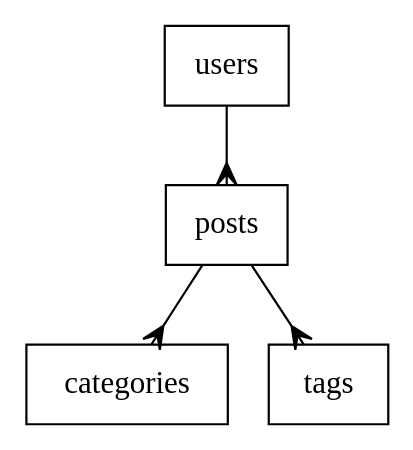
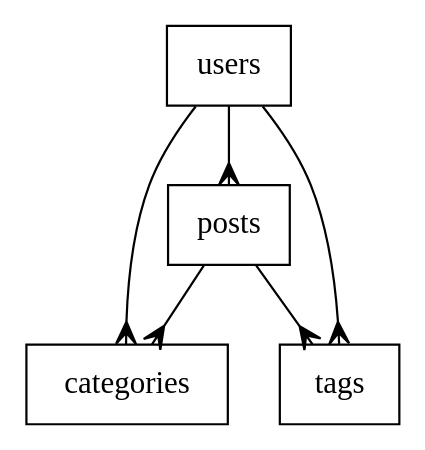
The diagram in models.dot (tackeyy/me), drawn with Graphviz before and after one commit. The commit also changed 20 other files, not shown here.

```diff
--- a/models.dot
+++ b/models.dot
@@ -1,9 +1,11 @@
 graph G {
     users [shape=box];
     posts [shape=box];
     categories [shape=box];
     tags [shape=box];
     users -- posts [dir=forward, arrowhead=crow];
+    users -- categories [dir=forward, arrowhead=crow];
+    users -- tags [dir=forward, arrowhead=crow];
     posts -- categories [dir=forward, arrowhead=crow];
     posts -- tags [dir=forward, arrowhead=crow];
   }
```
